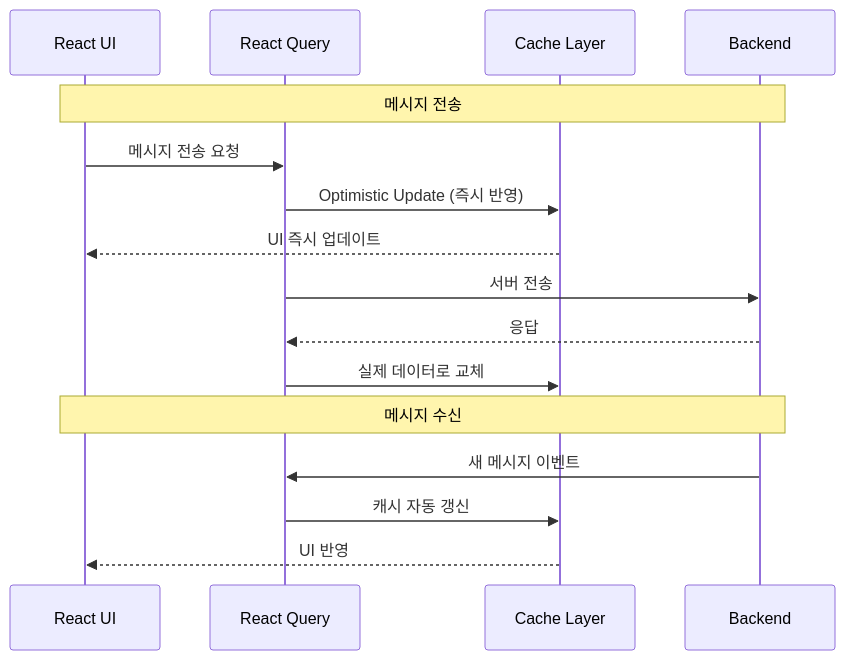
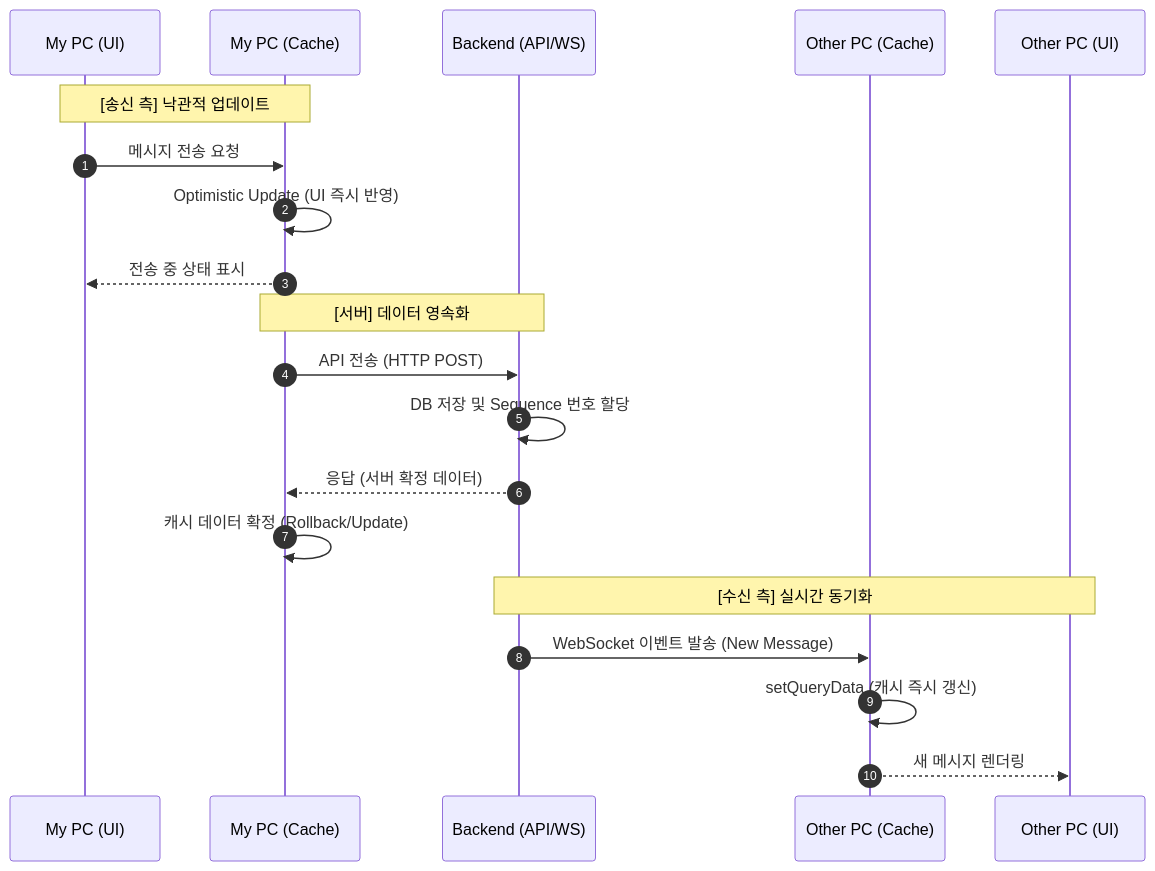
Before and after one commit to LeeLeeLeeee/yh-portfolio: the first of 6 diagrams in src/content/sideProject/messaging.mdx, drawn with Mermaid. The commit also changed other lines of this file and 1 other file, not shown here.

````diff
--- a/src/content/sideProject/messaging.mdx
+++ b/src/content/sideProject/messaging.mdx
@@ -144,20 +69,25 @@
 ```mermaid
 sequenceDiagram
-    participant UI as React UI
-    participant RQ as React Query
-    participant Cache as Cache Layer
-    participant API as Backend
+    autonumber
+    participant MyUI as My PC (UI)
+    participant MyRQ as My PC (Cache)
+    participant BE as Backend (API/WS)
+    participant OtherRQ as Other PC (Cache)
+    participant OtherUI as Other PC (UI)
 
-    Note over UI,API: 메시지 전송
-    UI->>RQ: 메시지 전송 요청
-    RQ->>Cache: Optimistic Update (즉시 반영)
-    Cache-->>UI: UI 즉시 업데이트
-    RQ->>API: 서버 전송
-    API-->>RQ: 응답
-    RQ->>Cache: 실제 데이터로 교체
+    Note over MyUI, MyRQ: [송신 측] 낙관적 업데이트
+    MyUI->>MyRQ: 메시지 전송 요청
+    MyRQ->>MyRQ: Optimistic Update (UI 즉시 반영)
+    MyRQ-->>MyUI: 전송 중 상태 표시
 
-    Note over UI,API: 메시지 수신
-    API->>RQ: 새 메시지 이벤트
-    RQ->>Cache: 캐시 자동 갱신
-    Cache-->>UI: UI 반영
+    Note over MyRQ, BE: [서버] 데이터 영속화
+    MyRQ->>BE: API 전송 (HTTP POST)
+    BE->>BE: DB 저장 및 Sequence 번호 할당
+    BE-->>MyRQ: 응답 (서버 확정 데이터)
+    MyRQ->>MyRQ: 캐시 데이터 확정 (Rollback/Update)
+
+    Note over BE, OtherUI: [수신 측] 실시간 동기화
+    BE->>OtherRQ: WebSocket 이벤트 발송 (New Message)
+    OtherRQ->>OtherRQ: setQueryData (캐시 즉시 갱신)
+    OtherRQ-->>OtherUI: 새 메시지 렌더링
 ```
````
